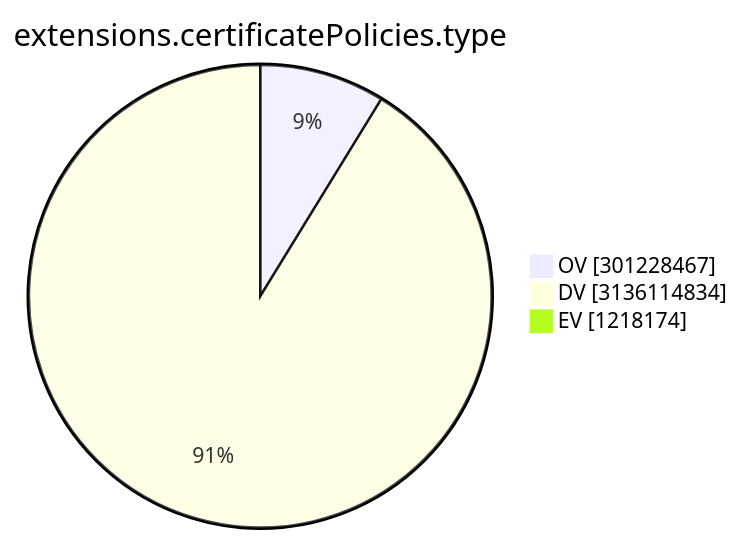
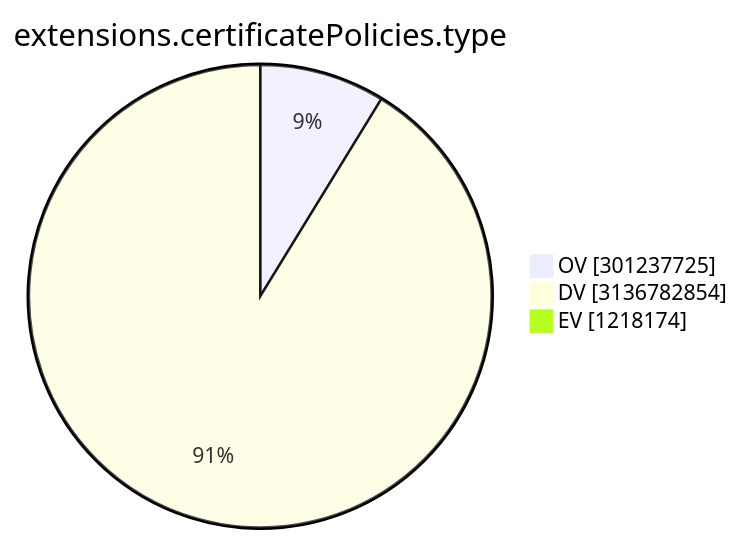
Before and after one commit to christiankrug/ctmonitor_visualization: the ninth of 15 diagrams in TOTAL/README.md, drawn with Mermaid. The commit also changed other lines of this file, not shown here.

````diff
--- a/TOTAL/README.md
+++ b/TOTAL/README.md
@@ -3105,7 +3105,7 @@
 ```mermaid
 pie showData
 title extensions.certificatePolicies.type
-"OV" :301228467
-"DV" :3136114834
+"OV" :301237725
+"DV" :3136782854
 "EV" :1218174
 ```
````
